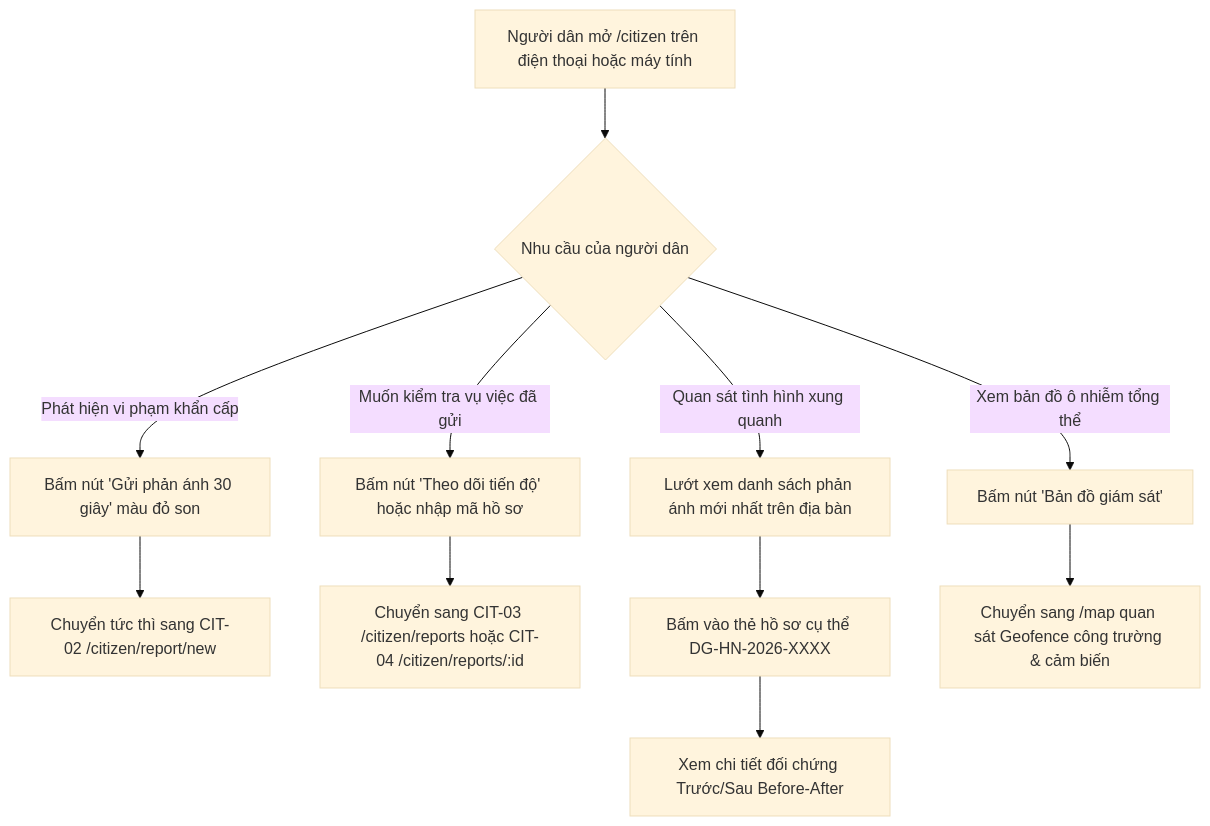
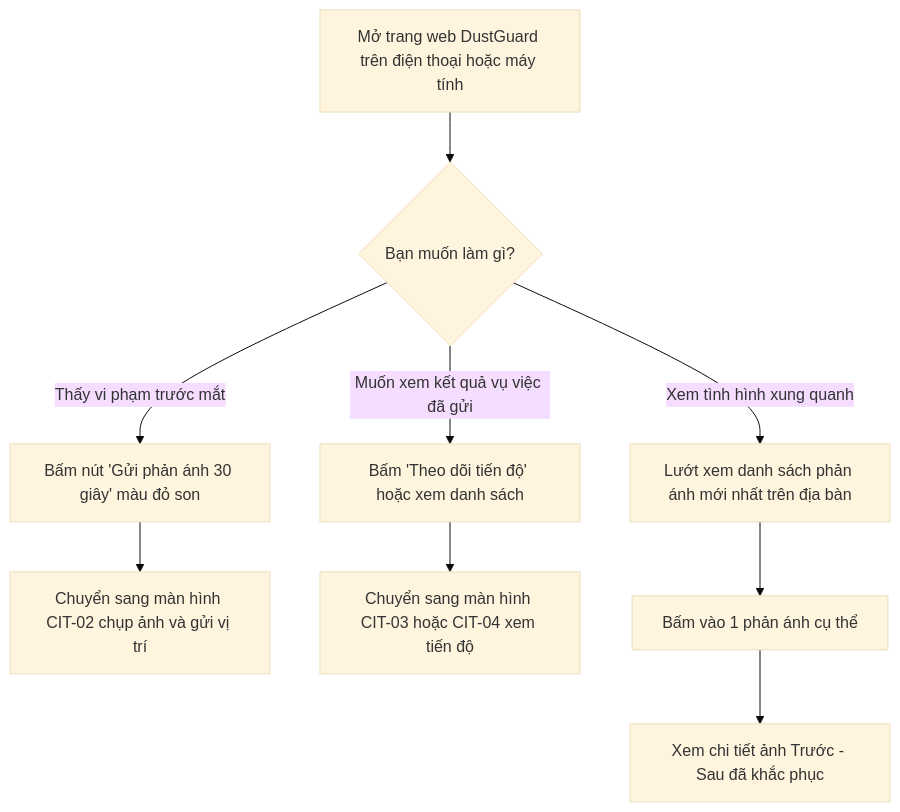
Before and after one commit to 26730023-PhamPhuNguyenHung/unicef-dustguard: the diagram in docs/product/screens/CITIZEN-01-home.md, drawn with Mermaid (base theme). The commit also changed other lines of this file and 30 other files, not shown here.

````diff
--- a/docs/product/screens/CITIZEN-01-home.md
+++ b/docs/product/screens/CITIZEN-01-home.md
@@ -47,17 +46,14 @@
 ```mermaid
 flowchart TD
-    A[Người dân mở /citizen trên điện thoại hoặc máy tính] --> B{Nhu cầu của người dân}
+    A[Mở trang web DustGuard trên điện thoại hoặc máy tính] --> B{Bạn muốn làm gì?}
     
-    B -->|Phát hiện vi phạm khẩn cấp| C[Bấm nút 'Gửi phản ánh 30 giây' màu đỏ son]
-    C --> D[Chuyển tức thì sang CIT-02 /citizen/report/new]
+    B -->|Thấy vi phạm trước mắt| C[Bấm nút 'Gửi phản ánh 30 giây' màu đỏ son]
+    C --> D[Chuyển sang màn hình CIT-02 chụp ảnh và gửi vị trí]
     
-    B -->|Muốn kiểm tra vụ việc đã gửi| E[Bấm nút 'Theo dõi tiến độ' hoặc nhập mã hồ sơ]
-    E --> F[Chuyển sang CIT-03 /citizen/reports hoặc CIT-04 /citizen/reports/:id]
+    B -->|Muốn xem kết quả vụ việc đã gửi| E[Bấm 'Theo dõi tiến độ' hoặc xem danh sách]
+    E --> F[Chuyển sang màn hình CIT-03 hoặc CIT-04 xem tiến độ]
     
-    B -->|Quan sát tình hình xung quanh| G[Lướt xem danh sách phản ánh mới nhất trên địa bàn]
-    G --> H[Bấm vào thẻ hồ sơ cụ thể DG-HN-2026-XXXX]
-    H --> I[Xem chi tiết đối chứng Trước/Sau Before-After]
-    
-    B -->|Xem bản đồ ô nhiễm tổng thể| J[Bấm nút 'Bản đồ giám sát']
-    J --> K[Chuyển sang /map quan sát Geofence công trường & cảm biến]
+    B -->|Xem tình hình xung quanh| G[Lướt xem danh sách phản ánh mới nhất trên địa bàn]
+    G --> H[Bấm vào 1 phản ánh cụ thể]
+    H --> I[Xem chi tiết ảnh Trước - Sau đã khắc phục]
 ```
````
